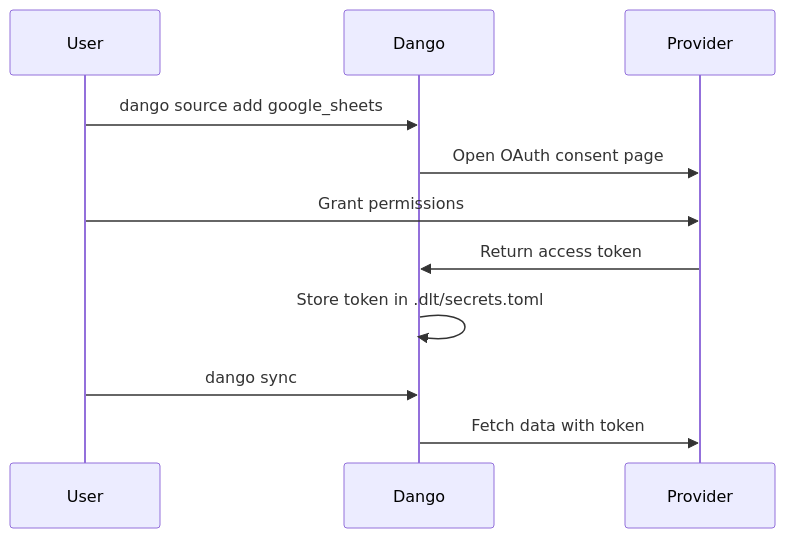
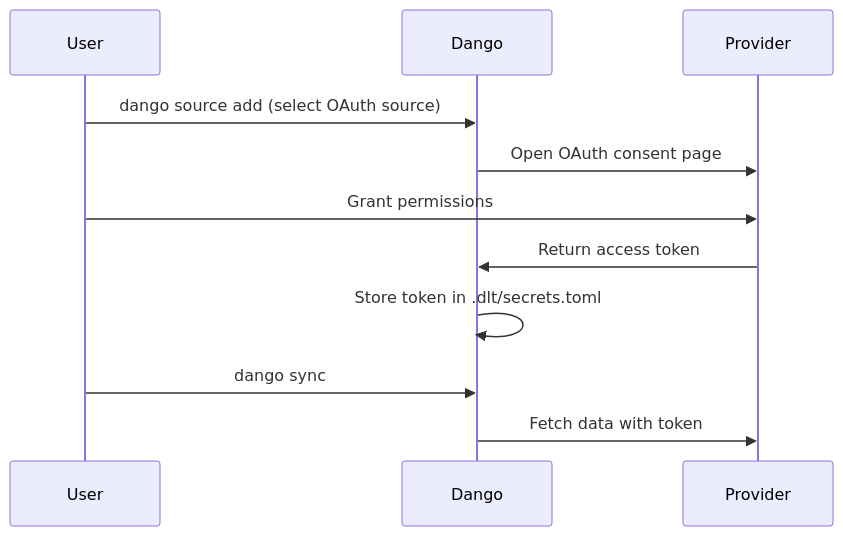
Before and after one commit to getdango/docs: the diagram in docs/data-sources/oauth-sources.md, drawn with Mermaid. The commit also changed other lines of this file and 33 other files, not shown here.

````diff
--- a/docs/data-sources/oauth-sources.md
+++ b/docs/data-sources/oauth-sources.md
@@ -29,14 +29,14 @@
 ```mermaid
 sequenceDiagram
     participant User
     participant Dango
     participant Provider
 
-    User->>Dango: dango source add google_sheets
+    User->>Dango: dango source add (select OAuth source)
     Dango->>Provider: Open OAuth consent page
     User->>Provider: Grant permissions
     Provider->>Dango: Return access token
     Dango->>Dango: Store token in .dlt/secrets.toml
     User->>Dango: dango sync
     Dango->>Provider: Fetch data with token
 ```
````
